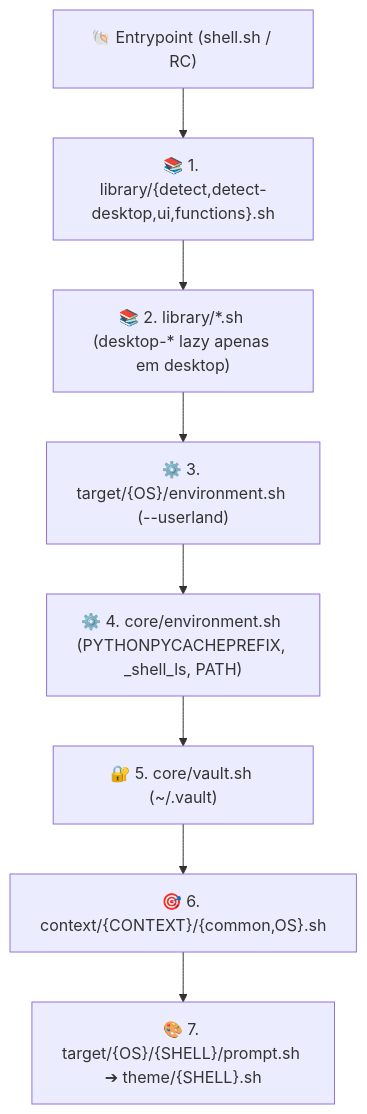
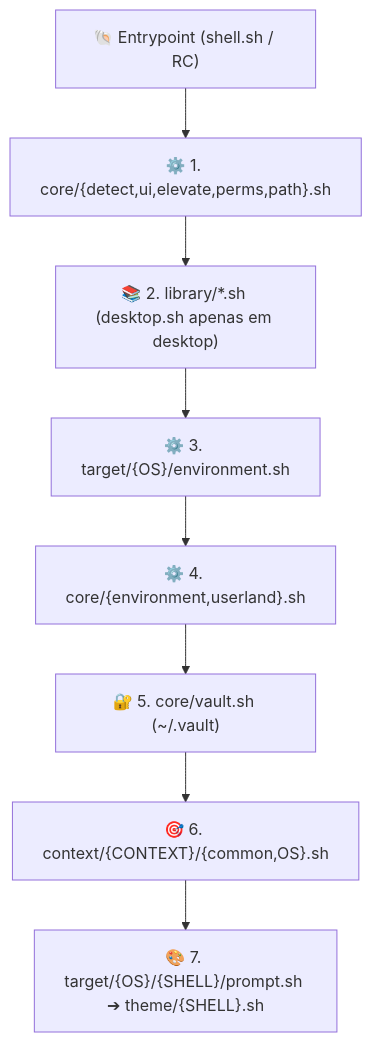
The first of 4 diagrams in docs/ARCHITECTURE.md (GabrielFrigo4/shell), drawn with Mermaid before and after one commit. The commit also changed other lines of this file and 51 other files, not shown here.

Commit message:
refactor(arch): expand core modules, add library dispatchers and fix submodule upgit

````diff
--- a/docs/ARCHITECTURE.md
+++ b/docs/ARCHITECTURE.md
@@ -11,10 +11,10 @@
 ```mermaid
 flowchart TD
-    RC["🐚 Entrypoint (shell.sh / RC)"] --> LIB_BASE["📚 1. library/{detect,detect-desktop,ui,functions}.sh"]
-    LIB_BASE --> LIB_EXTRA["📚 2. library/*.sh (desktop-* lazy apenas em desktop)"]
-    LIB_EXTRA --> T_ENV["⚙️ 3. target/{OS}/environment.sh (--userland)"]
-    T_ENV --> C_ENV["⚙️ 4. core/environment.sh (PYTHONPYCACHEPREFIX, _shell_ls, PATH)"]
+    RC["🐚 Entrypoint (shell.sh / RC)"] --> CORE_BASE["⚙️ 1. core/{detect,ui,elevate,perms,path}.sh"]
+    CORE_BASE --> LIB_DISP["📚 2. library/*.sh (desktop.sh apenas em desktop)"]
+    LIB_DISP --> T_ENV["⚙️ 3. target/{OS}/environment.sh"]
+    T_ENV --> C_ENV["⚙️ 4. core/{environment,userland}.sh"]
     C_ENV --> C_VAULT["🔐 5. core/vault.sh (~/.vault)"]
     C_VAULT --> CTX["🎯 6. context/{CONTEXT}/{common,OS}.sh"]
     CTX --> T_TARGET["🎨 7. target/{OS}/{SHELL}/prompt.sh ➔ theme/{SHELL}.sh"]
 ```
````
